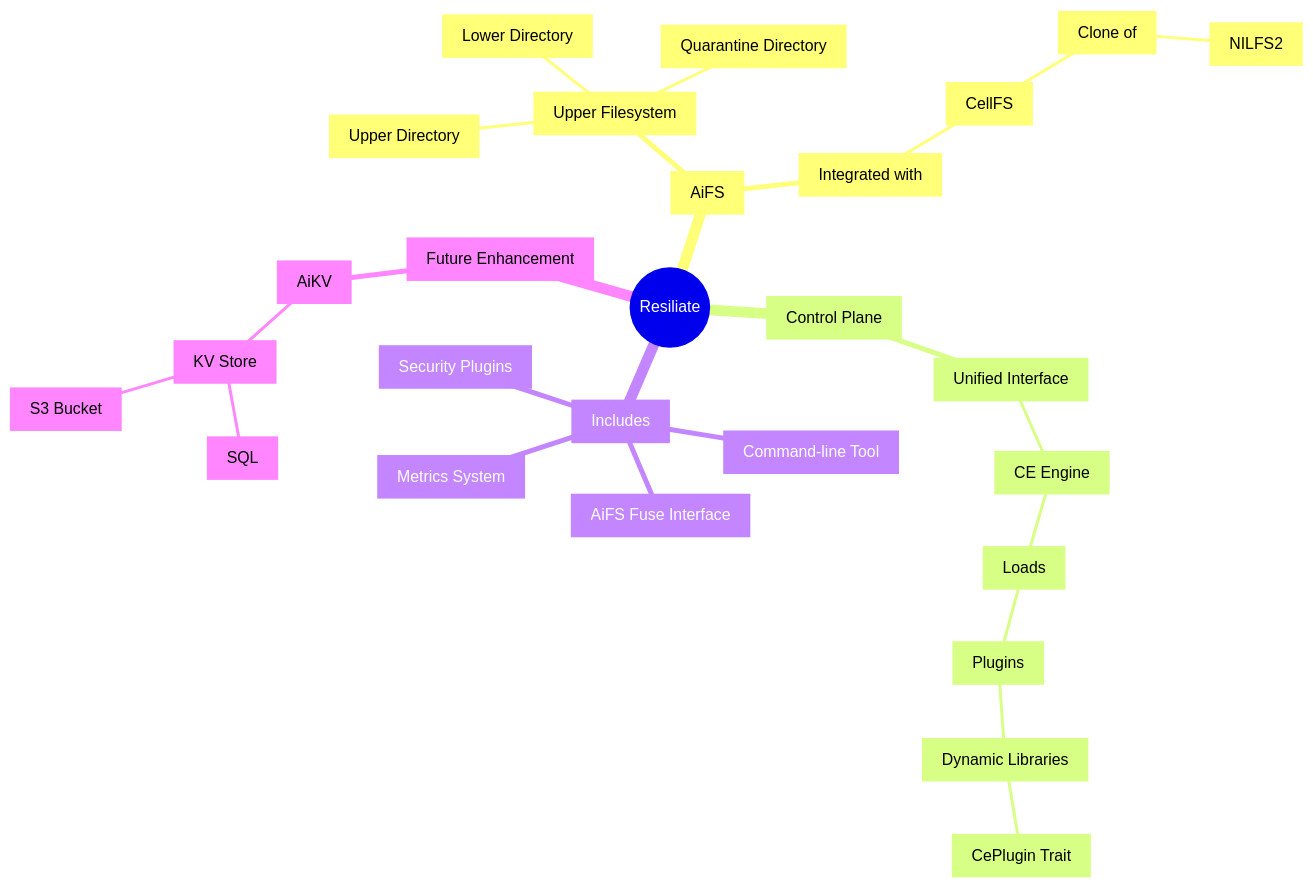
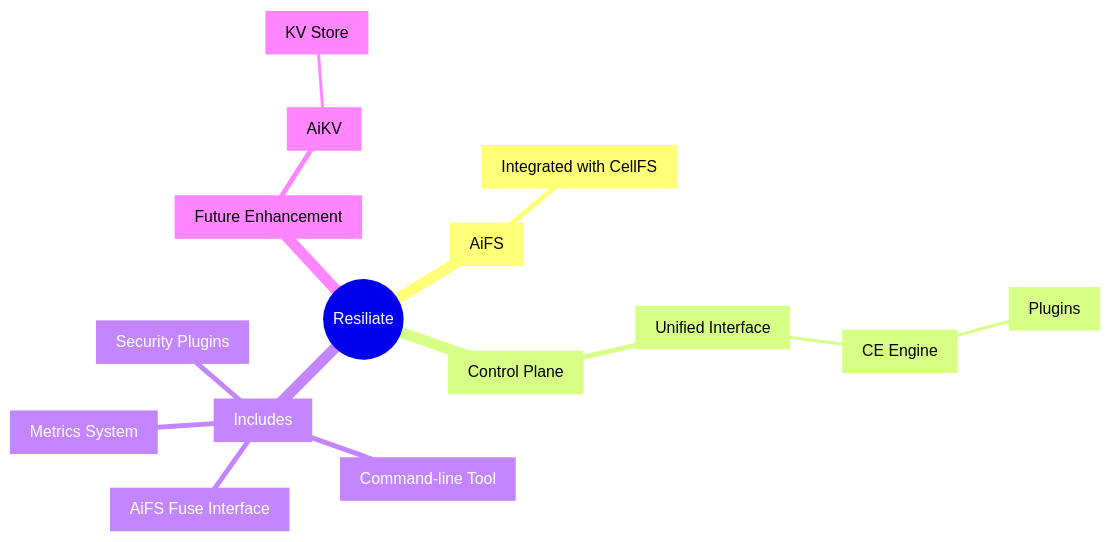
One commit to safai-labs/resiliate-book changed the diagram in src/README.md. Above: the diagram before and after it, drawn with Mermaid. The commit also changed other lines of this file, not shown here.

````diff
--- a/src/README.md
+++ b/src/README.md
@@ -146,30 +70,18 @@
 ```mermaid
 mindmap
   root((Resiliate))
     AiFS["AiFS"]
-      UpperFilesystem["Upper Filesystem"]
-        UpperDirectory["Upper Directory"]
-        QuarantineDirectory["Quarantine Directory"]
-        LowerDirectory["Lower Directory"]
-      IntegratedWith["Integrated with"]
-        CellFS["CellFS"]
-          CloneOf["Clone of"]
-            NILFS2["NILFS2"]
+      IntegratedWith["Integrated with CellFS"]
     ControlPlane["Control Plane"]
       UnifiedInterface["Unified Interface"]
         CEEngine["CE Engine"]
-          Loads["Loads"]
-            Plugins["Plugins"]
-              DynamicLibraries["Dynamic Libraries"]
-                CePluginTrait["CePlugin Trait"]
+          Plugins["Plugins"]
     Includes["Includes"]
       MetricsSystem["Metrics System"]
       AiFSFuseInterface["AiFS Fuse Interface"]
       CommandLineTool["Command-line Tool"]
       SecurityPlugins["Security Plugins"]
     FutureEnhancement["Future Enhancement"]
       AiKV["AiKV"]
         KVStore["KV Store"]
-          SQL["SQL"]
-          S3Bucket["S3 Bucket"]
 ```
````
